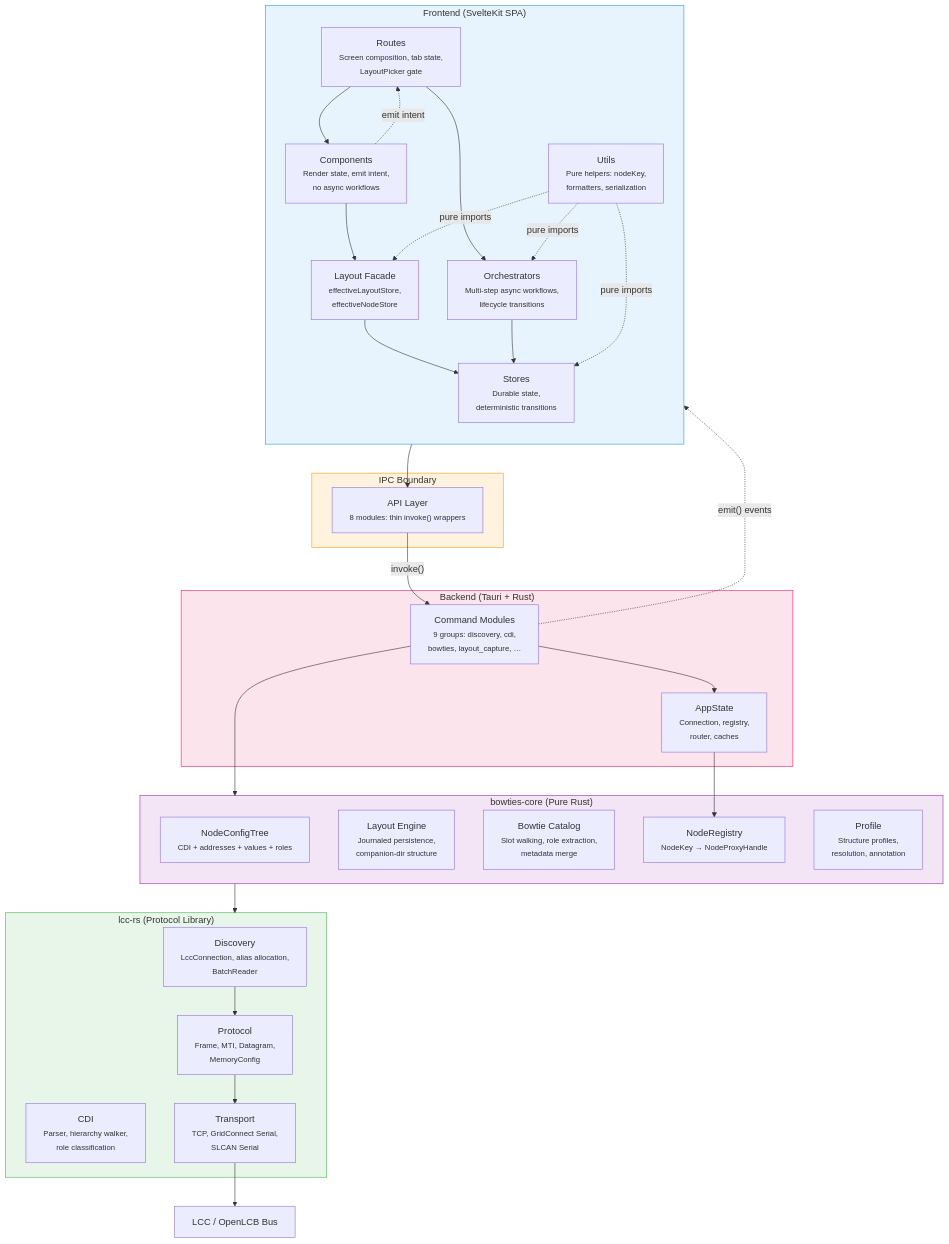
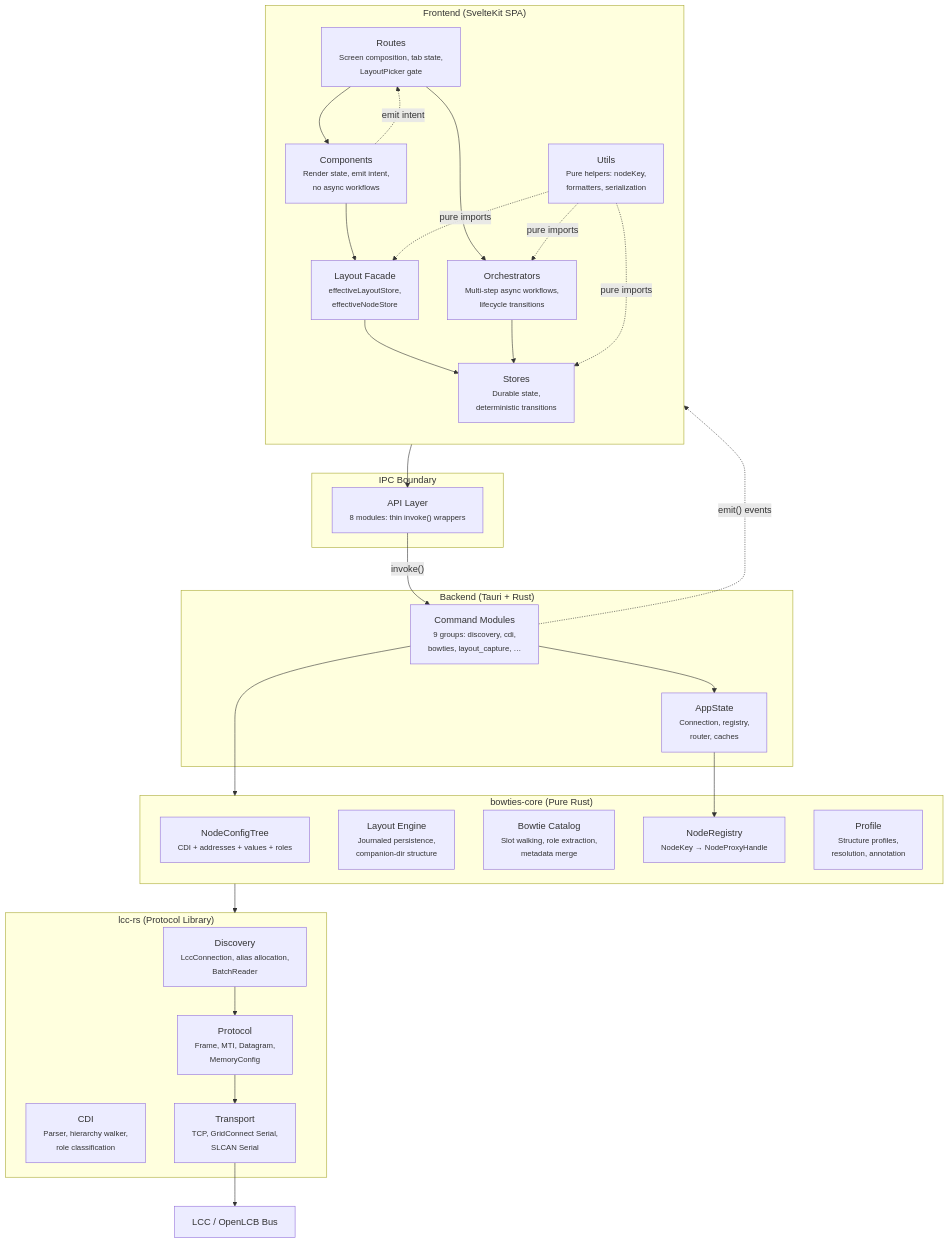
Before and after one commit to JohnSL/Bowties: the first of 4 diagrams in aiwiki/architecture-diagrams.md, drawn with Mermaid. The commit also changed other lines of this file and 3 other files, not shown here.

````diff
--- a/aiwiki/architecture-diagrams.md
+++ b/aiwiki/architecture-diagrams.md
@@ -11,68 +11,62 @@
 ```mermaid
 graph TB
     subgraph Frontend ["Frontend (SvelteKit SPA)"]
         direction TB
         Routes["Routes<br/><small>Screen composition, tab state,<br/>LayoutPicker gate</small>"]
         Components["Components<br/><small>Render state, emit intent,<br/>no async workflows</small>"]
         Facade["Layout Facade<br/><small>effectiveLayoutStore,<br/>effectiveNodeStore</small>"]
         Stores["Stores<br/><small>Durable state,<br/>deterministic transitions</small>"]
         Orchestrators["Orchestrators<br/><small>Multi-step async workflows,<br/>lifecycle transitions</small>"]
         Utils["Utils<br/><small>Pure helpers: nodeKey,<br/>formatters, serialization</small>"]
     end
 
     subgraph IPC ["IPC Boundary"]
         API["API Layer<br/><small>8 modules: thin invoke() wrappers</small>"]
     end
 
     subgraph Backend ["Backend (Tauri + Rust)"]
         Commands["Command Modules<br/><small>9 groups: discovery, cdi,<br/>bowties, layout_capture, …</small>"]
         AppState["AppState<br/><small>Connection, registry,<br/>router, caches</small>"]
     end
 
     subgraph Core ["bowties-core (Pure Rust)"]
         NodeTree["NodeConfigTree<br/><small>CDI + addresses + values + roles</small>"]
         Layout["Layout Engine<br/><small>Journaled persistence,<br/>companion-dir structure</small>"]
         Catalog["Bowtie Catalog<br/><small>Slot walking, role extraction,<br/>metadata merge</small>"]
         Registry["NodeRegistry<br/><small>NodeKey → NodeProxyHandle</small>"]
         Profile["Profile<br/><small>Structure profiles,<br/>resolution, annotation</small>"]
     end
 
     subgraph Protocol ["lcc-rs (Protocol Library)"]
         Discovery["Discovery<br/><small>LccConnection, alias allocation,<br/>BatchReader</small>"]
         ProtocolLayer["Protocol<br/><small>Frame, MTI, Datagram,<br/>MemoryConfig</small>"]
         CDI["CDI<br/><small>Parser, hierarchy walker,<br/>role classification</small>"]
         Transport["Transport<br/><small>TCP, GridConnect Serial,<br/>SLCAN Serial</small>"]
     end
 
     Bus["LCC / OpenLCB Bus"]
 
     Routes --> Components
     Components --> Facade
     Facade --> Stores
     Routes --> Orchestrators
     Orchestrators --> Stores
     Orchestrators --> API
     Components -.->|"emit intent"| Routes
     Utils -.->|"pure imports"| Stores
     Utils -.->|"pure imports"| Orchestrators
     Utils -.->|"pure imports"| Facade
 
     API -->|"invoke()"| Commands
     Commands --> AppState
     Commands --> Core
     AppState --> Registry
 
     Core --> Protocol
 
     Discovery --> ProtocolLayer
     ProtocolLayer --> Transport
     Transport --> Bus
 
     Commands -.->|"emit() events"| Routes
-
-    style Frontend fill:#e8f4fd,stroke:#2196F3
-    style IPC fill:#fff3e0,stroke:#FF9800
-    style Backend fill:#fce4ec,stroke:#E91E63
-    style Core fill:#f3e5f5,stroke:#9C27B0
-    style Protocol fill:#e8f5e9,stroke:#4CAF50
 ```
````
